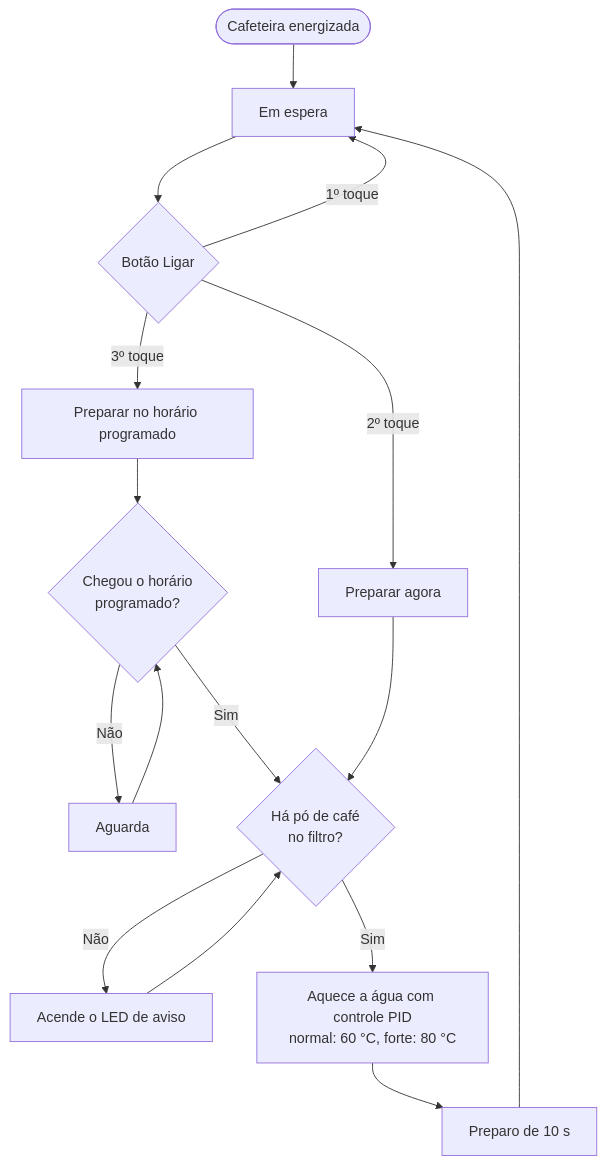
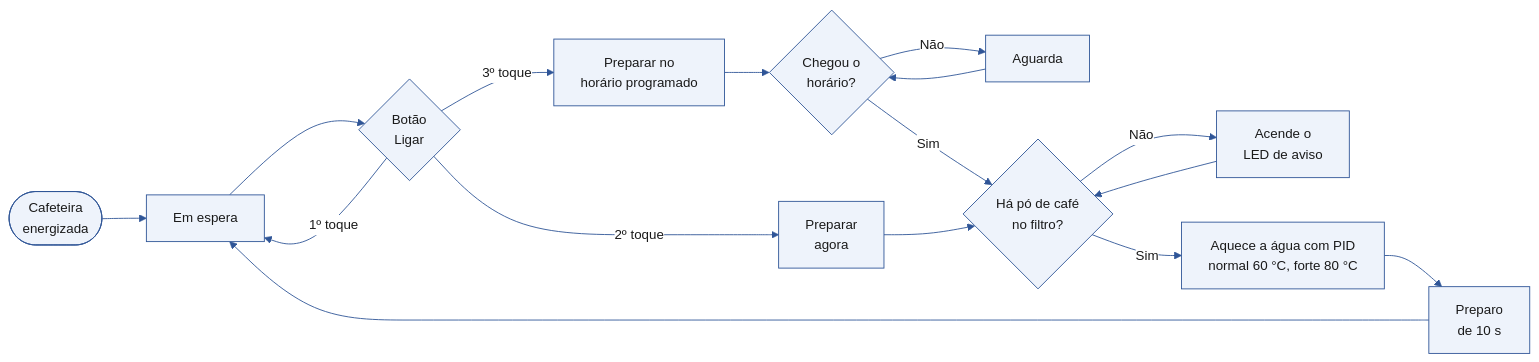
One commit to isadora-fernanda/coffeteira-arduino changed the diagram in README.md. Above: the diagram before and after it, drawn with Mermaid.

Commit message:
Deixa o fluxograma horizontal e com as cores do projeto

````diff
--- a/README.md
+++ b/README.md
@@ -19,18 +19,19 @@
 ```mermaid
-flowchart TD
-    A([Cafeteira energizada]) --> B[Em espera]
-    B --> C{Botão Ligar}
+%%{init: {'theme':'base','themeVariables':{'primaryColor':'#eef3fb','primaryBorderColor':'#2f5597','primaryTextColor':'#1a1a1a','lineColor':'#2f5597','fontFamily':'Arial','fontSize':'15px','edgeLabelBackground':'#ffffff'}}}%%
+flowchart LR
+    A([Cafeteira<br/>energizada]) --> B[Em espera]
+    B --> C{Botão<br/>Ligar}
     C -->|1º toque| B
-    C -->|2º toque| D[Preparar agora]
-    C -->|3º toque| E[Preparar no horário programado]
-    E --> F{Chegou o horário<br/>programado?}
+    C -->|2º toque| D[Preparar<br/>agora]
+    C -->|3º toque| E[Preparar no<br/>horário programado]
+    E --> F{Chegou o<br/>horário?}
     F -->|Não| W[Aguarda]
     W --> F
     F -->|Sim| G
     D --> G{Há pó de café<br/>no filtro?}
-    G -->|Não| H[Acende o LED de aviso]
+    G -->|Não| H[Acende o<br/>LED de aviso]
     H --> G
-    G -->|Sim| I[Aquece a água com controle PID<br/>normal: 60 °C, forte: 80 °C]
-    I --> J[Preparo de 10 s]
+    G -->|Sim| I[Aquece a água com PID<br/>normal 60 °C, forte 80 °C]
+    I --> J[Preparo<br/>de 10 s]
     J --> B
 ```
````
